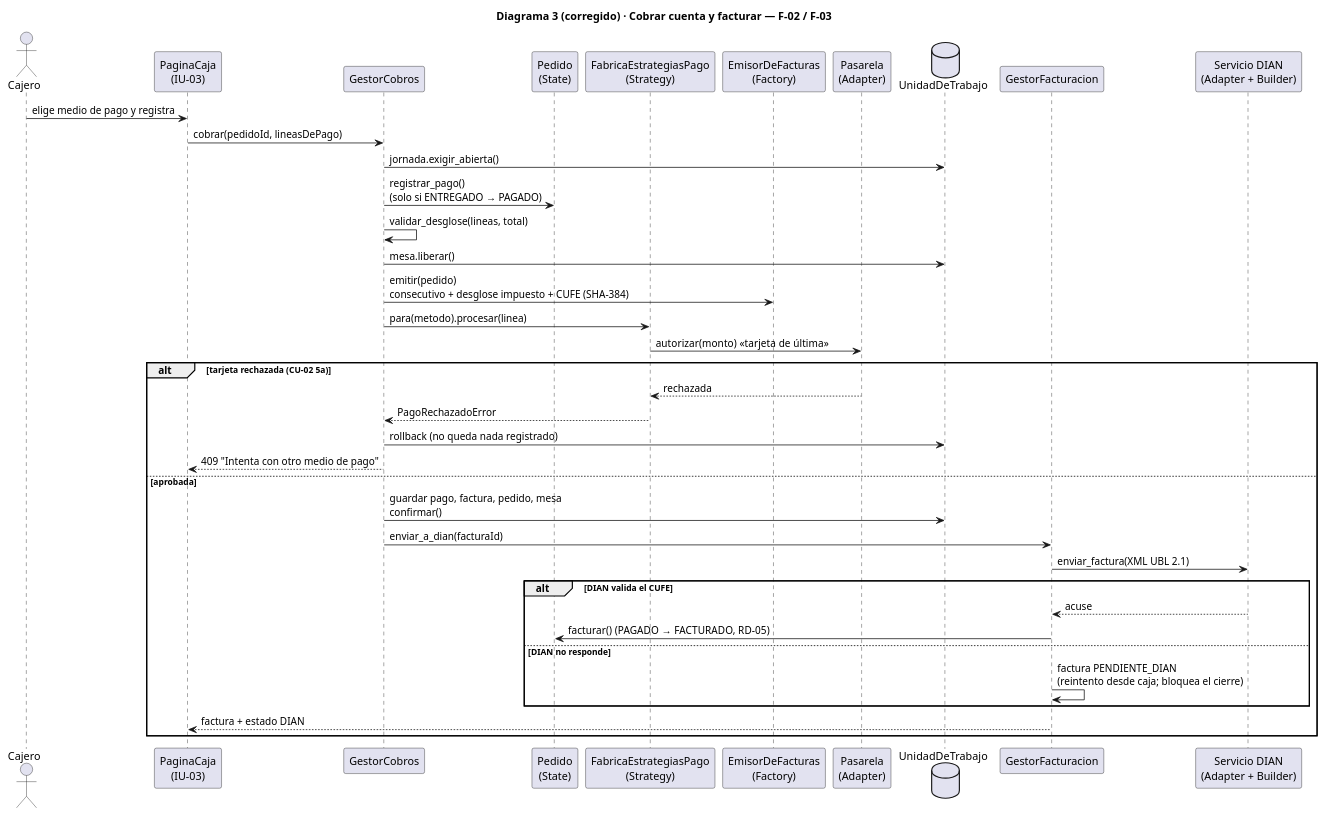
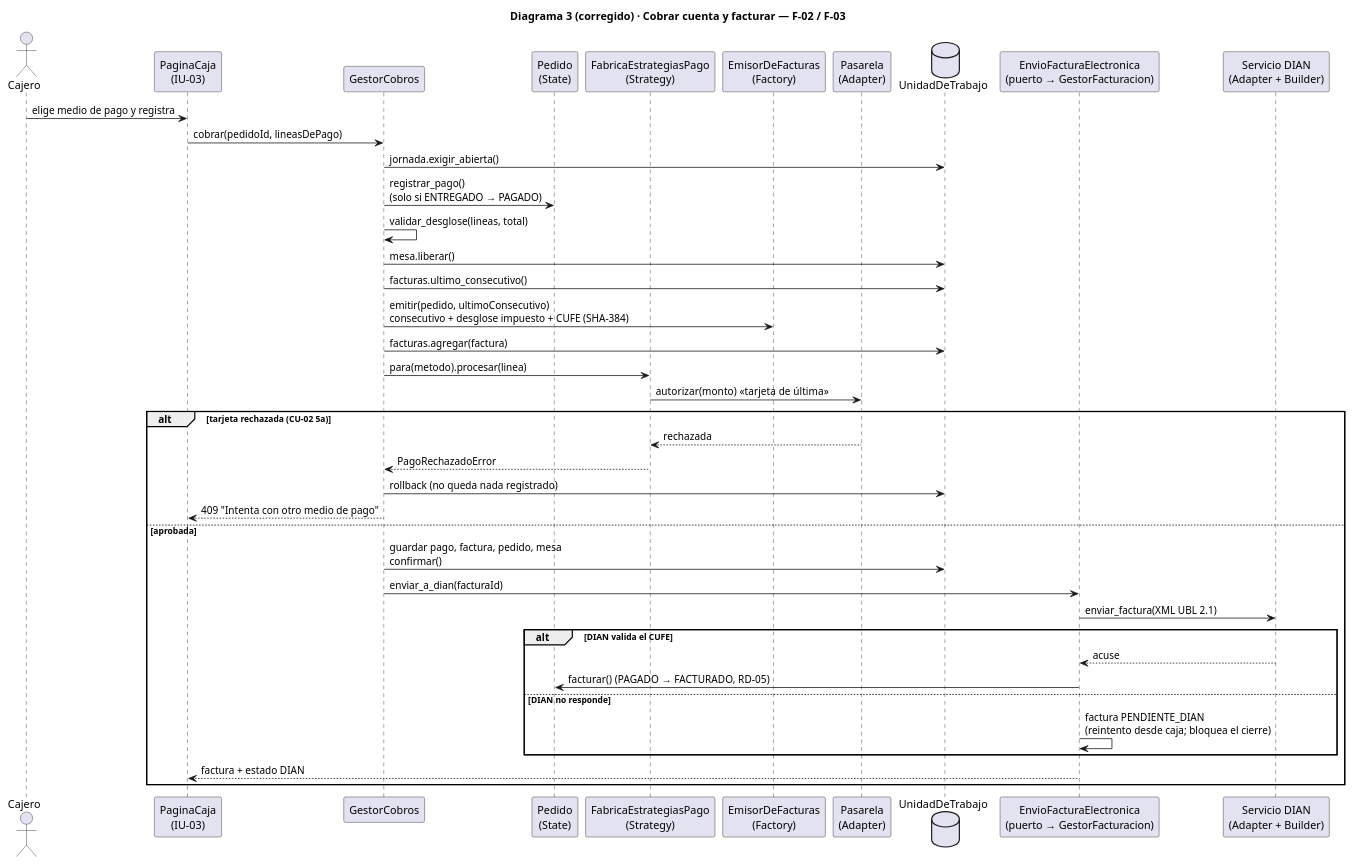
One commit to Pablitogf/Proyecto_ElbuenSabor_Software2 changed the diagram in el-buen-sabor/docs/arquitectura/secuencia_cobrar_y_facturar.puml. Above: the diagram before and after it, drawn with PlantUML. The commit also changed 28 other files, not shown here.

```diff
--- a/el-buen-sabor/docs/arquitectura/secuencia_cobrar_y_facturar.puml
+++ b/el-buen-sabor/docs/arquitectura/secuencia_cobrar_y_facturar.puml
@@ -1,40 +1,42 @@
 @startuml Secuencia_Cobro_Factura
 title Diagrama 3 (corregido) · Cobrar cuenta y facturar — F-02 / F-03
 actor Cajero
 participant "PaginaCaja\n(IU-03)" as UI
 participant "GestorCobros" as GC
 participant "Pedido\n(State)" as P
 participant "FabricaEstrategiasPago\n(Strategy)" as FE
 participant "EmisorDeFacturas\n(Factory)" as EF
 participant "Pasarela\n(Adapter)" as PB
 database "UnidadDeTrabajo" as UOW
-participant "GestorFacturacion" as GF
+participant "EnvioFacturaElectronica\n(puerto → GestorFacturacion)" as GF
 participant "Servicio DIAN\n(Adapter + Builder)" as DIAN
 
 Cajero -> UI : elige medio de pago y registra
 UI -> GC : cobrar(pedidoId, lineasDePago)
 GC -> UOW : jornada.exigir_abierta()
 GC -> P : registrar_pago()\n(solo si ENTREGADO → PAGADO)
 GC -> GC : validar_desglose(lineas, total)
 GC -> UOW : mesa.liberar()
-GC -> EF : emitir(pedido)\nconsecutivo + desglose impuesto + CUFE (SHA-384)
+GC -> UOW : facturas.ultimo_consecutivo()
+GC -> EF : emitir(pedido, ultimoConsecutivo)\nconsecutivo + desglose impuesto + CUFE (SHA-384)
+GC -> UOW : facturas.agregar(factura)
 GC -> FE : para(metodo).procesar(linea)
 FE -> PB : autorizar(monto)  <<tarjeta de última>>
 alt tarjeta rechazada (CU-02 5a)
   PB --> FE : rechazada
   FE --> GC : PagoRechazadoError
   GC -> UOW : rollback (no queda nada registrado)
   GC --> UI : 409 "Intenta con otro medio de pago"
 else aprobada
   GC -> UOW : guardar pago, factura, pedido, mesa\nconfirmar()
   GC -> GF : enviar_a_dian(facturaId)
   GF -> DIAN : enviar_factura(XML UBL 2.1)
   alt DIAN valida el CUFE
     DIAN --> GF : acuse
     GF -> P : facturar()  (PAGADO → FACTURADO, RD-05)
   else DIAN no responde
     GF -> GF : factura PENDIENTE_DIAN\n(reintento desde caja; bloquea el cierre)
   end
   GF --> UI : factura + estado DIAN
 end
 @enduml
```
